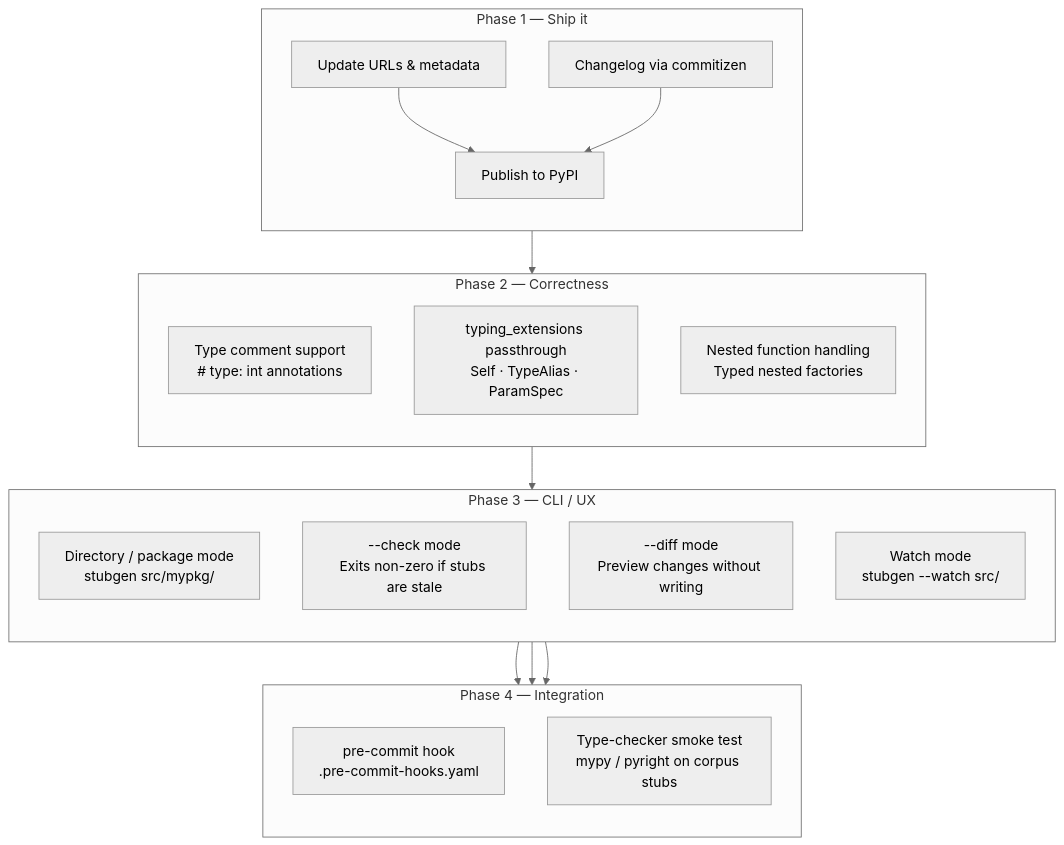
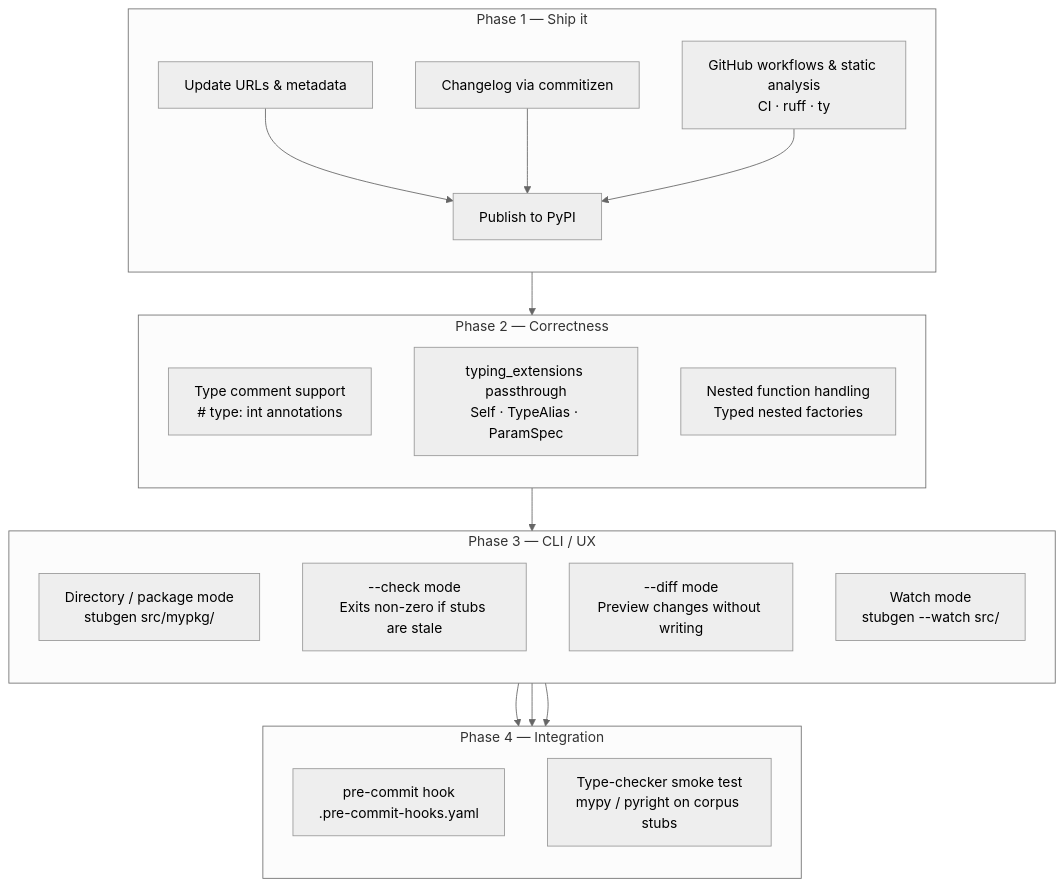
The diagram in docs/roadmap.md (KRRT7/stubgen), drawn with Mermaid (neutral theme) before and after one commit. The commit also changed other lines of this file, not shown here.

````diff
--- a/docs/roadmap.md
+++ b/docs/roadmap.md
@@ -3,38 +3,40 @@
 ```mermaid
 flowchart TD
     subgraph P1["Phase 1 — Ship it"]
         direction TB
         A[Publish to PyPI]
         B[Update URLs & metadata]
         C[Changelog via commitizen]
+        N["GitHub workflows & static analysis\nCI · ruff · ty"]
         B --> A
         C --> A
+        N --> A
     end
 
     subgraph P2["Phase 2 — Correctness"]
         direction TB
         E["Type comment support\n# type: int annotations"]
         F["typing_extensions passthrough\nSelf · TypeAlias · ParamSpec"]
         G["Nested function handling\nTyped nested factories"]
     end
 
     subgraph P3["Phase 3 — CLI / UX"]
         direction TB
         H["Directory / package mode\nstubgen src/mypkg/"]
         I["--check mode\nExits non-zero if stubs are stale"]
         J["--diff mode\nPreview changes without writing"]
         K["Watch mode\nstubgen --watch src/"]
     end
 
     subgraph P4["Phase 4 — Integration"]
         direction TB
         L["pre-commit hook\n.pre-commit-hooks.yaml"]
         M["Type-checker smoke test\nmypy / pyright on corpus stubs"]
     end
 
     P1 --> P2
     P2 --> P3
     P3 --> P4
     H --> L
     I --> L
 ```
````
